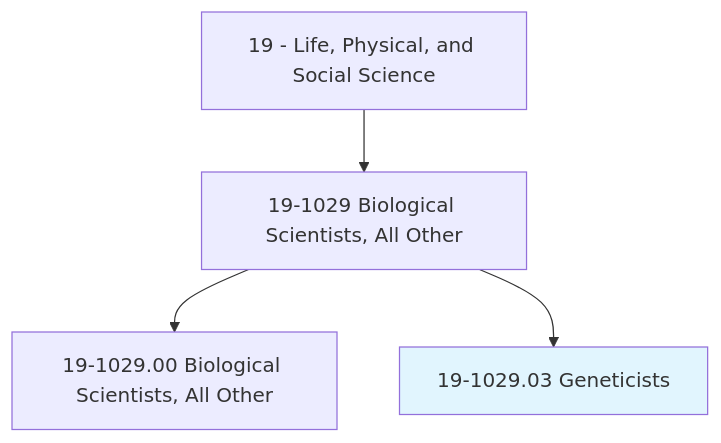
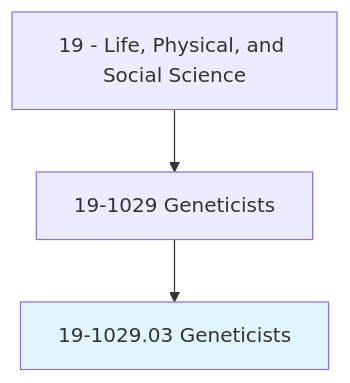
One commit to kziemski/business.org.ai changed the first of 4 diagrams in occupations/Science/Geneticists.mdx. Above: the diagram before and after it, drawn with Mermaid. The commit also changed other lines of this file and 938 other files, not shown here.

````diff
--- a/occupations/Science/Geneticists.mdx
+++ b/occupations/Science/Geneticists.mdx
@@ -19,7 +23,6 @@
 ```mermaid
 graph TD
-    Cat19["19 - Life, Physical, and Social Science"] --> Group191029["19-1029 Biological Scientists, All Other"]
-    Group191029 --> Base["19-1029.00 Biological Scientists, All Other"]
+    Cat19["19 - Life, Physical, and Social Science"] --> Group191029["19-1029 Geneticists"]
     Group191029 --> Current["19-1029.03 Geneticists"]
     style Current fill:#e1f5fe
 ```
````
